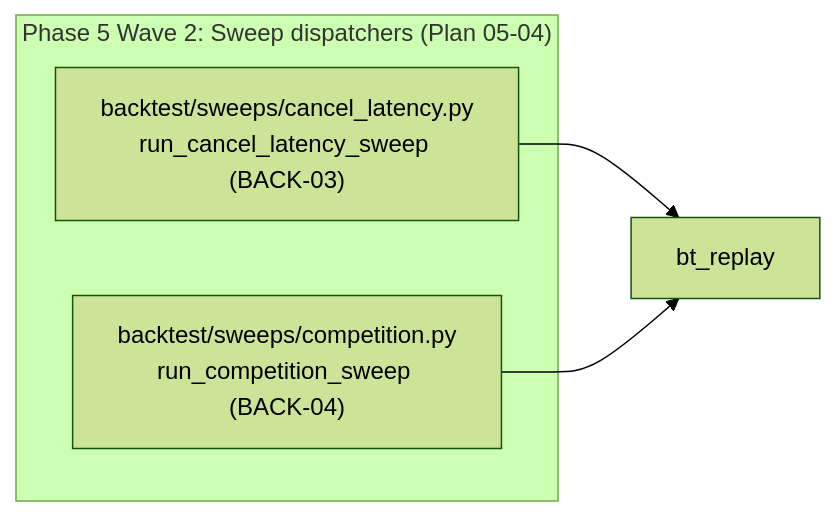
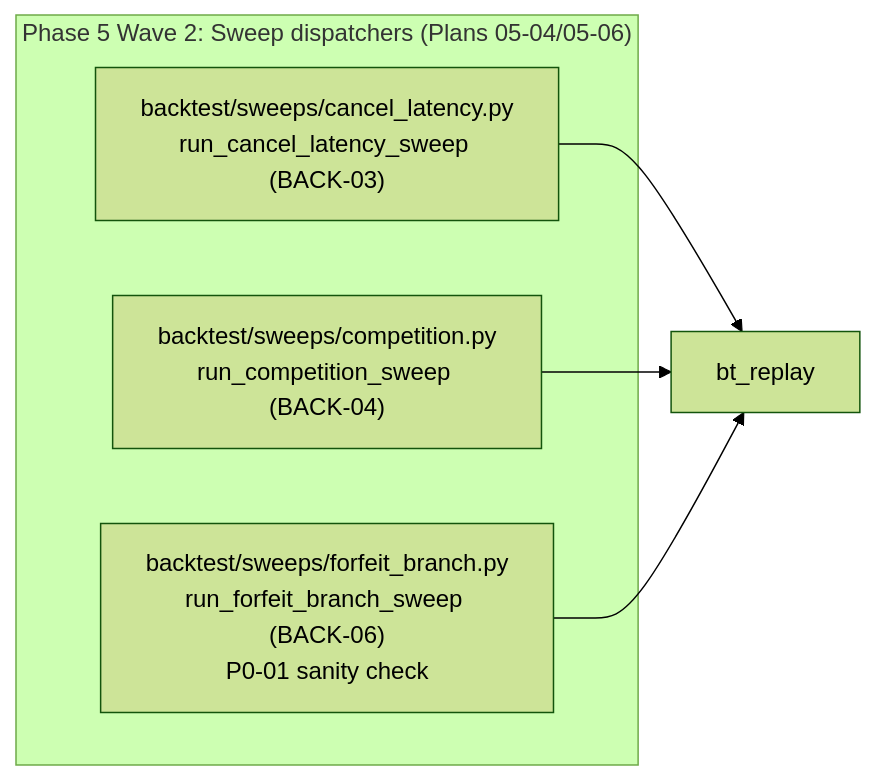
Before and after one commit to atiredbrudda/boros: the sixth of 7 diagrams in docs/ARCHITECTURE.md, drawn with Mermaid (forest theme). The commit also changed other lines of this file and 3 other files, not shown here.

First line of the commit message:
feat(05-06): land forfeit_branch sweep + BACK-06 tests GREEN (BACK-06)

````diff
--- a/docs/ARCHITECTURE.md
+++ b/docs/ARCHITECTURE.md
@@ -695,11 +695,15 @@
 ```mermaid
 flowchart LR
-  subgraph phase5_wave2_sweeps["Phase 5 Wave 2: Sweep dispatchers (Plan 05-04)"]
+  subgraph phase5_wave2_sweeps["Phase 5 Wave 2: Sweep dispatchers (Plans 05-04/05-06)"]
     bt_sweeps_cancel["backtest/sweeps/cancel_latency.py<br/>run_cancel_latency_sweep (BACK-03)"]
     bt_sweeps_compete["backtest/sweeps/competition.py<br/>run_competition_sweep (BACK-04)"]
+    bt_sweeps_forfeit["backtest/sweeps/forfeit_branch.py<br/>run_forfeit_branch_sweep (BACK-06)<br/>P0-01 sanity check"]
   end
 
   %% Phase 5 Wave 2 sweep wiring (Plan 05-04)
   bt_sweeps_cancel --> bt_replay
   bt_sweeps_compete --> bt_replay
+
+  %% Phase 5 Wave 2 forfeit-branch wiring (Plan 05-06)
+  bt_sweeps_forfeit --> bt_replay
 ```
````
